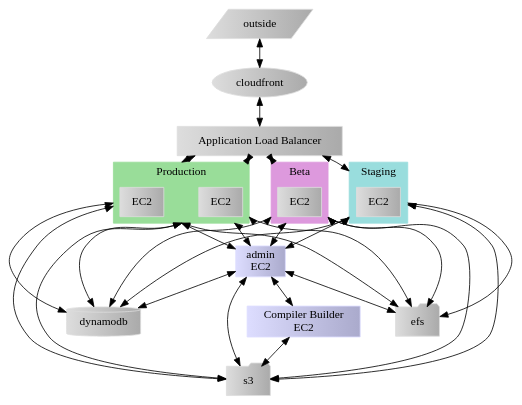
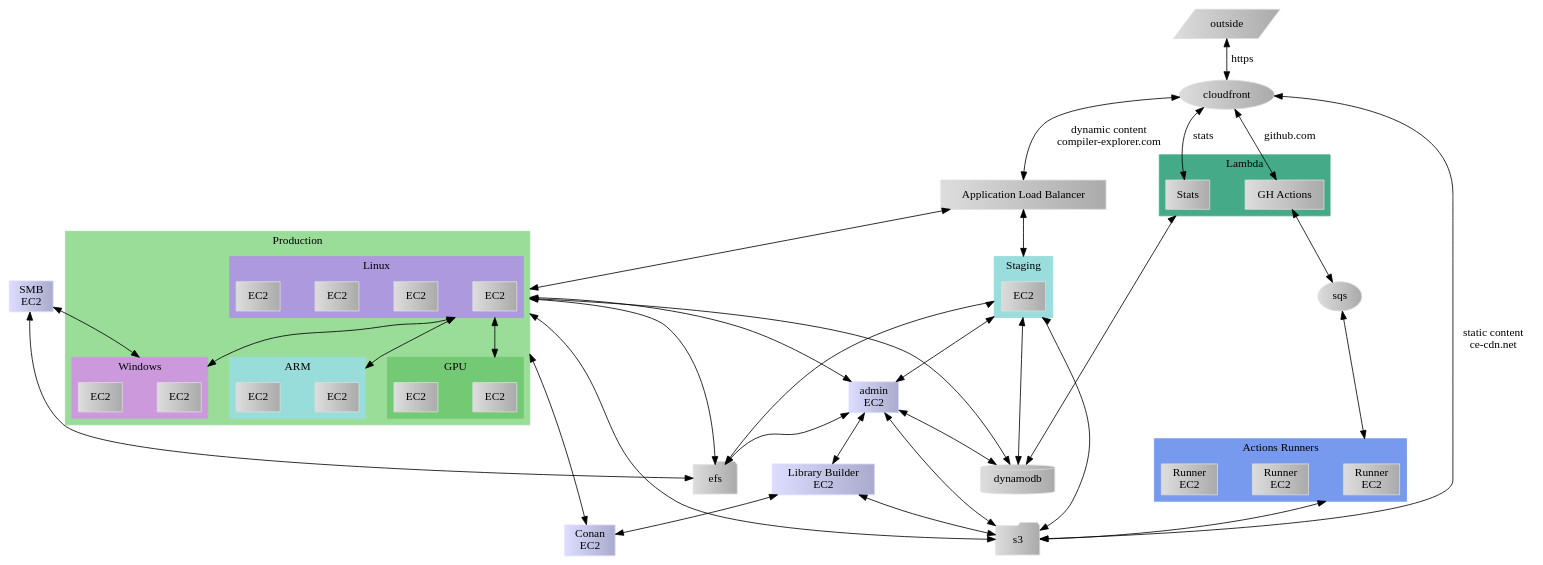
Before and after one commit to mattgodbolt/ce-behind-the-scenes: the diagram in ce.dot, drawn with Graphviz. The commit also changed 17 other files, not shown here.

```diff
--- a/ce.dot
+++ b/ce.dot
@@ -1,66 +1,121 @@
 digraph compiler_explorer {
-    bgcolor=white;
-    compound=true;
-    nodesep=0.6;
-    node [ color="#dddddd:#aaaaaa"; style=filled];
-    edge [ dir=both ];
-    outside [shape = parallelogram, rank="source"];
-
-    cloudfront [shape = oval];
-
-    alb [shape = box, label="Application Load Balancer"];
-
+    bgcolor = white;
+    compound = true;
+    nodesep = 0.6;
+    node [color = "#dddddd:#aaaaaa"; style = filled;];
+    edge [dir = both;];
+    outside [shape = parallelogram;rank = "source";];
+    
+    cloudfront [shape = oval;];
+    sqs [shape = oval;];
+    
+    alb [shape = box;label = "Application Load Balancer";];
+    
     subgraph cluster_ce_nodes {
         label = "Production";
         style = filled;
-        color="#99dd99";
-
-        ce_node_1 [shape = box, label="EC2"];
-        ce_node_2 [shape = box, label="EC2"];
-    }
-    subgraph cluster_beta_nodes {
-        label="Beta";
-        style = filled;
-        color="#dd99dd";
-        beta_node_1 [shape = box, label="EC2"];
+        color = "#99dd99";
+        
+        subgraph cluster_ce_nodes_linux {
+            label = "Linux";
+            style = filled;
+            color = "#ad99dd";
+            ce_node_1 [shape = box;label = "EC2";];
+            ce_node_2 [shape = box;label = "EC2";];
+            ce_node_3 [shape = box;label = "EC2";];
+            ce_node_4 [shape = box;label = "EC2";];
+        }
+        subgraph cluster_ce_nodes_win {
+            label = "Windows";
+            style = filled;
+            color = "#cd99dd";
+            
+            ce_node_1_win [shape = box;label = "EC2";];
+            ce_node_2_win [shape = box;label = "EC2";];
+        }
+        subgraph cluster_ce_nodes_arm {
+            label = "ARM";
+            style = filled;
+            color = "#99ddda";
+            
+            ce_node_1_arm [shape = box;label = "EC2";];
+            ce_node_2_arm [shape = box;label = "EC2";];
+        }
+        subgraph cluster_ce_nodes_gpu {
+            label = "GPU";
+            style = filled;
+            color = "#74c974";
+            
+            ce_node_1_gpu [shape = box;label = "EC2";];
+            ce_node_2_gpu [shape = box;label = "EC2";];
+        }
     }
     subgraph cluster_staging_nodes {
-        label="Staging";
+        label = "Staging";
         style = filled;
-        color="#99dddd";
-        staging_node_1 [shape = box, label="EC2"];
+        color = "#99dddd";
+        staging_node_1 [shape = box;label = "EC2";];
+    }
+    subgraph cluster_lambda {
+        label = "Lambda";
+        style = filled;
+        color = "#44aa88";
+        gh_actions [shape = box;label = "GH Actions";];
+        lambda_stats [shape = box;label = "Stats";];
+    }
+    subgraph cluster_gh_actions {
+        label = "Actions Runners";
+        style = filled;
+        color = "#7799ee";
+        action_runner_1 [shape = box;label = "Runner\nEC2";];
+        action_runner_2 [shape = box;label = "Runner\nEC2";];
+        action_runner_3 [shape = box;label = "Runner\nEC2";];
     }
 
-    admin [shape = box, rank="sink", label="admin\nEC2", color="#ddddff:#aaaacc"];
-
-    efs [shape = folder];
-    s3 [shape = folder];
-    dynamodb [shape = cylinder];
-
-    outside -> cloudfront;
-    cloudfront -> alb;
-
-    alb -> ce_node_1 [lhead=cluster_ce_nodes];
-    alb -> ce_node_2 [lhead=cluster_ce_nodes];
-    alb -> beta_node_1 [lhead=cluster_beta_nodes];
-    alb -> staging_node_1 [lhead=cluster_staging_nodes];
-
-    build [ shape=box, label="Compiler Builder\nEC2", color="#ddddff:#aaaacc"];
-
-    admin->build;
-    build->s3;
-
-    admin -> {efs, s3, dynamodb };
-    { ce_node_1, ce_node_2} -> admin [ltail=cluster_ce_nodes];
-    { ce_node_1, ce_node_2} -> efs [ltail=cluster_ce_nodes];
-    { ce_node_1, ce_node_2} -> s3 [ltail=cluster_ce_nodes];
-    { ce_node_1, ce_node_2} -> dynamodb [ltail=cluster_ce_nodes];
-    { beta_node_1 } -> admin [ltail=cluster_beta_nodes];
-    { beta_node_1 } -> efs [ltail=cluster_beta_nodes];
-    { beta_node_1 } -> s3 [ltail=cluster_beta_nodes];
-    { beta_node_1 } -> dynamodb [ltail=cluster_beta_nodes];
-    { staging_node_1 } -> admin [ltail=cluster_staging_nodes];
-    { staging_node_1 } -> efs [ltail=cluster_staging_nodes];
-    { staging_node_1 } -> s3 [ltail=cluster_staging_nodes];
-    { staging_node_1 } -> dynamodb [ltail=cluster_staging_nodes];
+    admin [shape = box;rank = "sink";label = "admin\nEC2";color = "#ddddff:#aaaacc";];
+    
+    efs [shape = folder;];
+    s3 [shape = folder;];
+    dynamodb [shape = cylinder;];
+    
+    gh_actions -> sqs;
+    sqs -> action_runner_1 [lhead = cluster_gh_actions;];
+    
+    outside -> cloudfront [label = "https";];
+    cloudfront -> alb [label = "dynamic content\ncompiler-explorer.com";];
+    cloudfront -> s3 [label = "static content\nce-cdn.net";];
+    cloudfront -> lambda_stats [label = "stats";];
+    cloudfront -> gh_actions [label = "github.com";];
+    
+    alb -> ce_node_1 [lhead = cluster_ce_nodes;];
+    alb -> staging_node_1 [lhead = cluster_staging_nodes;];
+    
+    lambda_stats -> dynamodb [ltail = cluster_lambda;];
+    action_runner_1 -> s3 [ltail = cluster_gh_actions;];
+    
+    build [shape = box;label = "Library Builder\nEC2";color = "#ddddff:#aaaacc";];
+    
+    admin -> build;
+    build -> s3;
+    
+    conan [shape = box;label = "Conan\nEC2";color = "#ddddff:#aaaacc";];
+    {ce_node_1} -> conan [ltail = cluster_ce_nodes;];
+    build -> conan;
+    
+    winsmb [shape = box;label = "SMB\nEC2";color = "#ddddff:#aaaacc";];
+    winsmb -> ce_node_1_win [lhead = cluster_ce_nodes_win;];
+    winsmb -> efs;
+    
+    admin -> {efs s3 dynamodb};
+    {ce_node_1} -> admin [ltail = cluster_ce_nodes;];
+    {ce_node_1} -> efs [ltail = cluster_ce_nodes;];
+    {ce_node_1} -> s3 [ltail = cluster_ce_nodes;];
+    {ce_node_1} -> dynamodb [ltail = cluster_ce_nodes;];
+    {ce_node_1} -> ce_node_1_win [ltail = cluster_ce_nodes_linux; lhead = cluster_ce_nodes_win;];
+    {ce_node_1} -> ce_node_1_gpu [ltail = cluster_ce_nodes_linux; lhead = cluster_ce_nodes_gpu;];
+    {ce_node_1} -> ce_node_1_arm [ltail = cluster_ce_nodes_linux; lhead = cluster_ce_nodes_arm;];
+    {staging_node_1} -> admin [ltail = cluster_staging_nodes;];
+    {staging_node_1} -> efs [ltail = cluster_staging_nodes;];
+    {staging_node_1} -> s3 [ltail = cluster_staging_nodes;];
+    {staging_node_1} -> dynamodb [ltail = cluster_staging_nodes;];
 }
```
